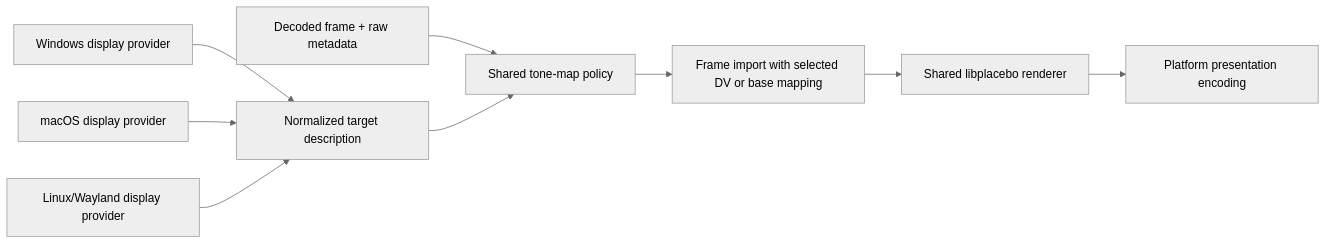
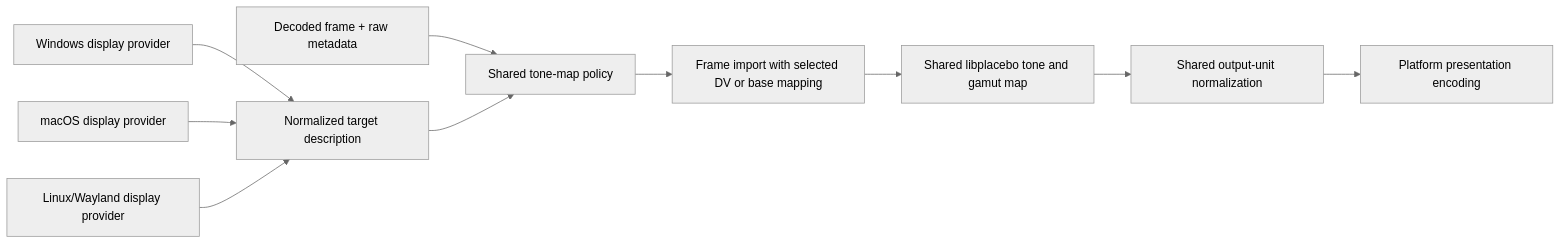
One commit to usatiuk/sunplayer changed the diagram in docs/research/2026-08-21-metadata-first-hdr-to-sdr-mapping.md. Above: the diagram before and after it, drawn with Mermaid (neutral theme). The commit also changed other lines of this file and 22 other files, not shown here.

````diff
--- a/docs/research/2026-08-21-metadata-first-hdr-to-sdr-mapping.md
+++ b/docs/research/2026-08-21-metadata-first-hdr-to-sdr-mapping.md
@@ -337,11 +418,12 @@
 ```mermaid
 flowchart LR
     S[Decoded frame + raw metadata] --> P[Shared tone-map policy]
     T[Normalized target description] --> P
     WP[Windows display provider] --> T
     MP[macOS display provider] --> T
     LP[Linux/Wayland display provider] --> T
     P --> I[Frame import with selected DV or base mapping]
-    I --> R[Shared libplacebo renderer]
-    R --> O[Platform presentation encoding]
+    I --> R[Shared libplacebo tone and gamut map]
+    R --> V[Shared output-unit normalization]
+    V --> O[Platform presentation encoding]
 ```
````
